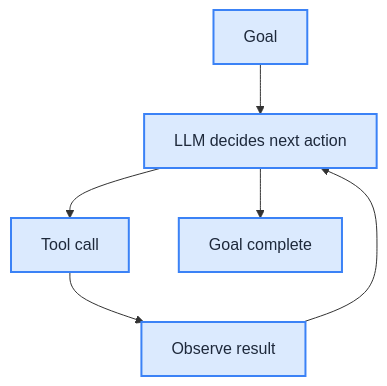
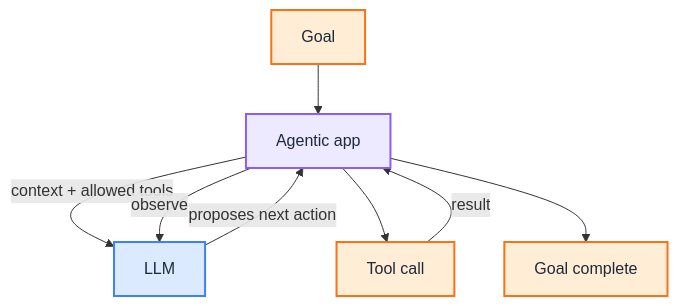
Before and after one commit to iamsharmajitender/gain: the third of 5 diagrams in docs/insights/2026-08-05-enterprise-ai-workflow-patterns-autonomy-vs-control/enterprise-ai-workflow-patterns-autonomy-vs-control.mdx, drawn with Mermaid. The commit also changed other lines of this file and 30 other files, not shown here.

````diff
--- a/docs/insights/2026-08-05-enterprise-ai-workflow-patterns-autonomy-vs-control/enterprise-ai-workflow-patterns-autonomy-vs-control.mdx
+++ b/docs/insights/2026-08-05-enterprise-ai-workflow-patterns-autonomy-vs-control/enterprise-ai-workflow-patterns-autonomy-vs-control.mdx
@@ -264,11 +264,18 @@
 ```mermaid
 flowchart TB
-    Goal[Goal] --> Decide[LLM decides next action]
-    Decide --> Tool[Tool call]
-    Tool --> Observe[Observe result]
-    Observe --> Decide
-    Decide --> Done[Goal complete]
+    Goal[Goal] --> App[Agentic app]
+    App -->|"context + allowed tools"| LLM[LLM]
+    LLM -->|"proposes next action"| App
+    App --> Tool[Tool call]
+    Tool -->|"result"| App
+    App -->|"observe"| LLM
+    App --> Done[Goal complete]
 
-    classDef loop fill:#dbeafe,stroke:#3b82f6,color:#1e293b,stroke-width:2px
-    class Goal,Decide,Tool,Observe,Done loop
+    classDef app fill:#ede9fe,stroke:#8b5cf6,color:#1e293b,stroke-width:2px
+    classDef llm fill:#dbeafe,stroke:#3b82f6,color:#1e293b,stroke-width:2px
+    classDef other fill:#ffedd5,stroke:#f97316,color:#1e293b,stroke-width:2px
+
+    class App app
+    class LLM llm
+    class Goal,Tool,Done other
 ```
````
